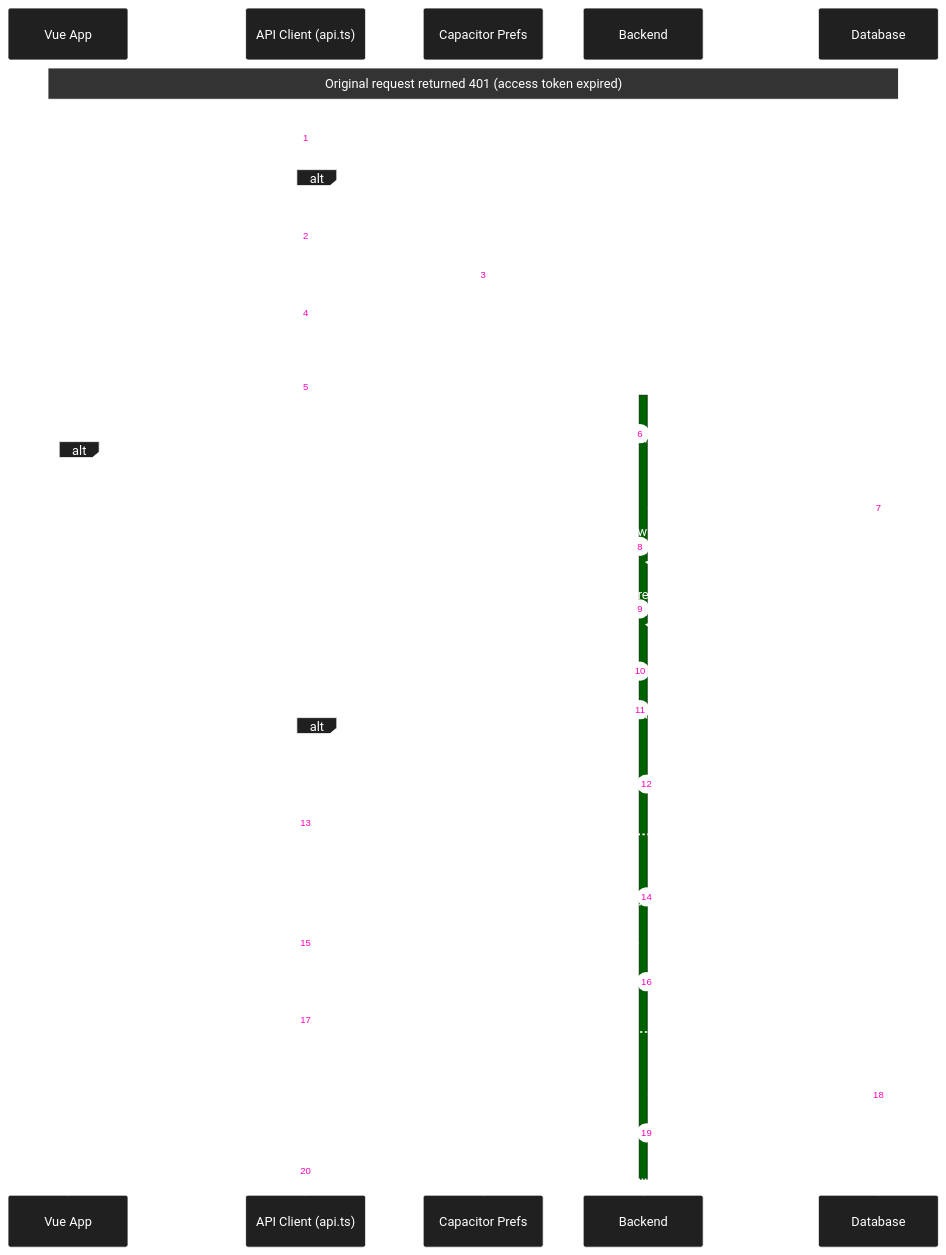
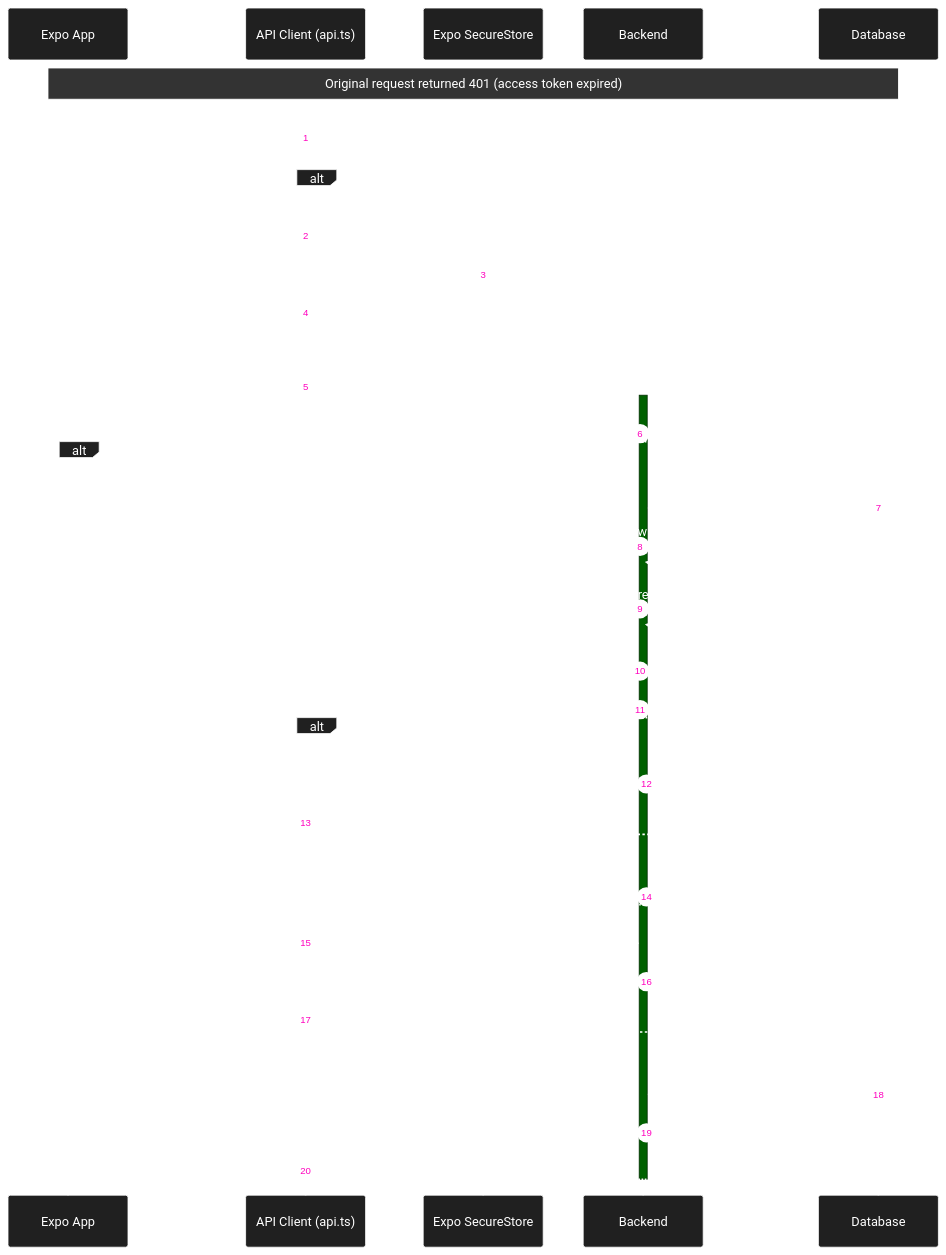
Before and after one commit to michaelgreenl/tally-tracker: the diagram in docs/diagrams/sequence/auth/token-refresh.md, drawn with Mermaid. The commit also changed 213 other files, not shown here.

Commit message:
refactor(client): complete React Native cutover

````diff
--- a/docs/diagrams/sequence/auth/token-refresh.md
+++ b/docs/diagrams/sequence/auth/token-refresh.md
@@ -3,66 +3,66 @@
 ```mermaid
 %%{
   init: {
     'theme': 'base',
     'themeVariables': {
       'primaryColor': '#202020',
       'primaryTextColor': '#fff',
       'primaryBorderColor': '#ffffff',
       'lineColor': '#00ff41',
       'secondaryColor': '#006100',
       'tertiaryColor': '#fff',
       'noteBkgColor': '#333',
       'noteTextColor': '#fff',
       'noteBorderColor': '#fff'
     }
   }
 }%%
 
 sequenceDiagram
     autonumber
-    participant App as Vue App
+    participant App as Expo App
     participant Client as API Client (api.ts)
-    participant Storage as Capacitor Prefs
+    participant Storage as Expo SecureStore
     participant API as Backend
     participant DB as Database
 
     Note over App, DB: Original request returned 401 (access token expired)
 
-    Client->>Client: Check Capacitor.isNativePlatform()
+    Client->>Client: Check Platform.OS
 
     alt isNative is TRUE (iOS/Android)
         Client->>Storage: Get 'refresh_token'
         Storage-->>Client: Returns refresh token
         Client->>API: POST /users/refresh (JSON body: refreshToken)
     else isNative is FALSE (Web)
         Client->>API: POST /users/refresh (Cookie)
     end
 
     activate API
     API->>DB: Lookup refresh token
 
     alt Token Valid
         DB-->>API: Token record found, not expired
         API->>API: Generate new access token
         API->>API: Generate new refresh token (rotation)
         API->>DB: Invalidate old refresh token
         API->>DB: Store new refresh token
 
         alt isNative
             API-->>Client: 200 { accessToken, refreshToken }
             Client->>Storage: Store both tokens
         else Web
             API-->>Client: 200 + Set-Cookie (access + refresh)
         end
 
         Client->>API: Retry original request with new access token
         API-->>Client: 200 OK
         Client-->>App: Return response transparently
 
     else Token Expired or Invalid
         DB-->>API: Not found / expired
         API-->>Client: 401 Unauthorized
         Client-->>App: Trigger logout + redirect to login
     end
     deactivate API
 ```
````
